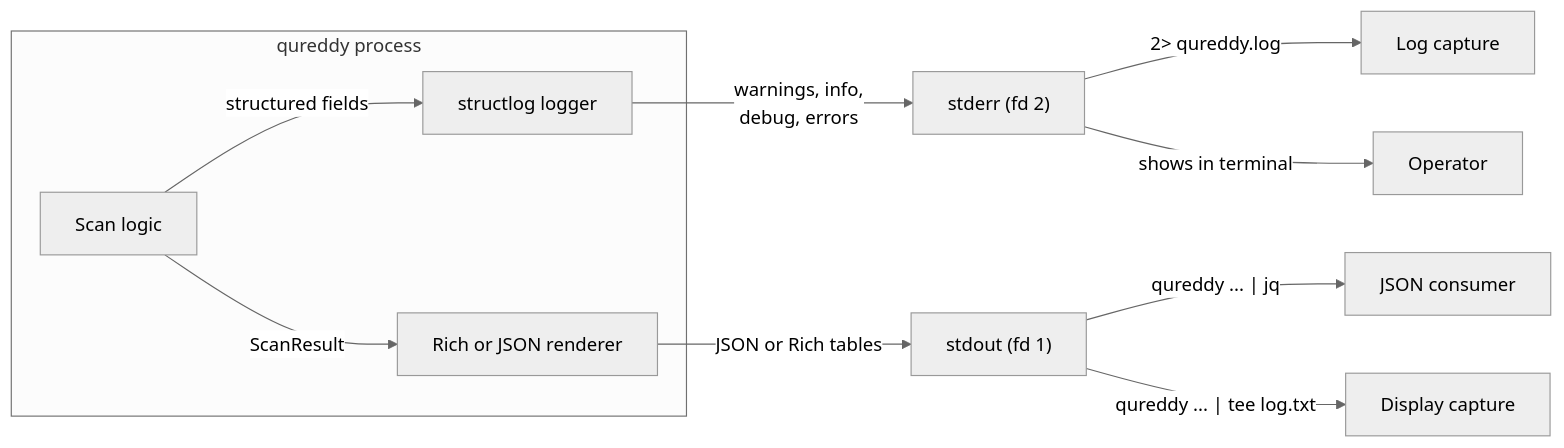
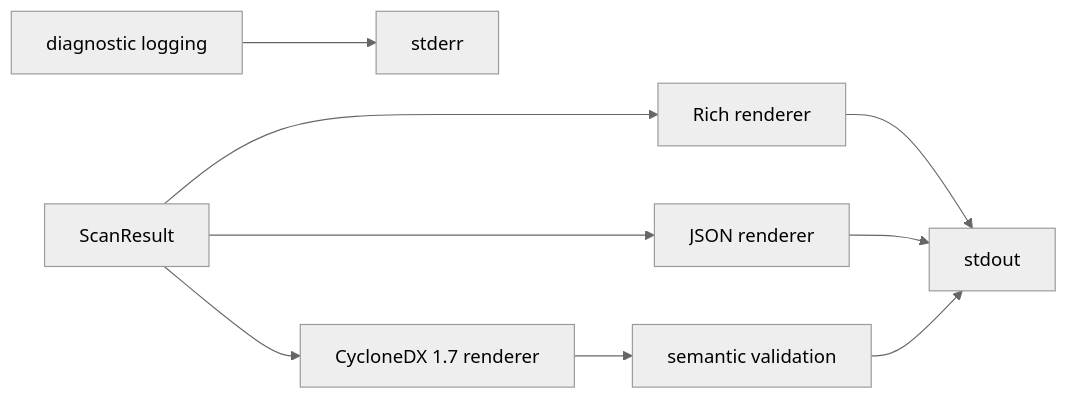
Before and after one commit to BreachSAFE/qureddy: the fourth of 4 diagrams in docs/explanation/architecture.md, drawn with Mermaid (neutral theme). The commit also changed other lines of this file and 3 other files, not shown here.

````diff
--- a/docs/explanation/architecture.md
+++ b/docs/explanation/architecture.md
@@ -163,16 +178,11 @@
 ```mermaid
 flowchart LR
-    subgraph proc ["qureddy process"]
-        scan["Scan logic"]
-        scan -->|"structured fields"| logger["structlog logger"]
-        scan -->|"ScanResult"| renderer["Rich or JSON renderer"]
-    end
-
-    logger -->|"warnings, info,<br/>debug, errors"| stderr["stderr (fd 2)"]
-    renderer -->|"JSON or Rich tables"| stdout["stdout (fd 1)"]
-
-    stdout -->|"qureddy ... | jq"| consumer1["JSON consumer"]
-    stdout -->|"qureddy ... | tee log.txt"| consumer2["Display capture"]
-    stderr -->|"2> qureddy.log"| consumer3["Log capture"]
-    stderr -->|"shows in terminal"| user["Operator"]
+    result["ScanResult"] --> rich["Rich renderer"]
+    result --> json["JSON renderer"]
+    result --> cbom["CycloneDX 1.7 renderer"]
+    cbom --> semantic["semantic validation"]
+    rich --> stdout["stdout"]
+    json --> stdout
+    semantic --> stdout
+    diagnostics["diagnostic logging"] --> stderr["stderr"]
 ```
````
